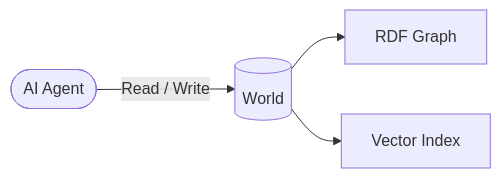
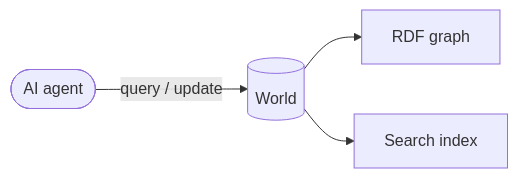
Before and after one commit to wazootech/worlds: the first of 7 diagrams in packages/docs/worlds/index.mdx, drawn with Mermaid. The commit also changed other lines of this file and 5 other files, not shown here.

````diff
--- a/packages/docs/worlds/index.mdx
+++ b/packages/docs/worlds/index.mdx
@@ -90,6 +11,6 @@
 ```mermaid
 graph LR
-    Agent([AI Agent]) -->|Read / Write| W[(World)]
-    W --> RDF[RDF Graph]
-    W --> VEC[Vector Index]
+    Agent([AI agent]) -->|query / update| W[(World)]
+    W --> RDF[RDF graph]
+    W --> SEARCH[Search index]
 ```
````
